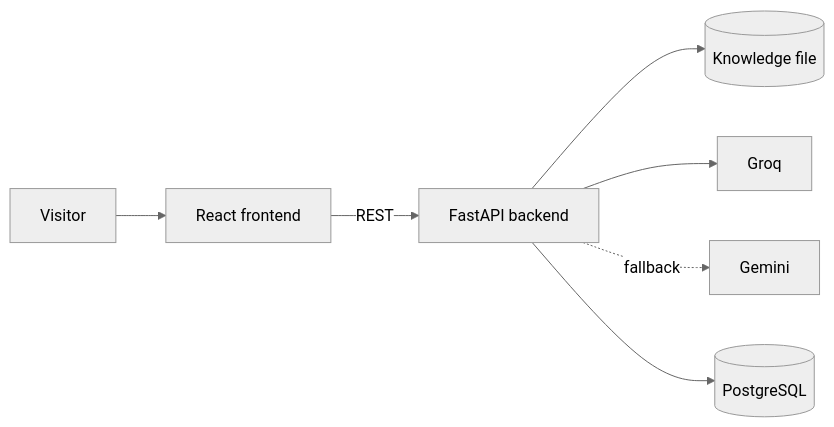
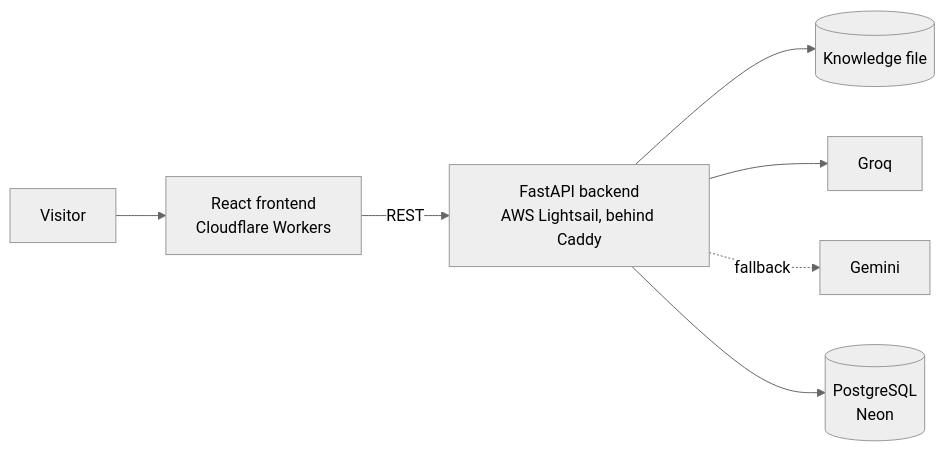
One commit to Joalregra/developer-portfolio changed the diagram in README.md. Above: the diagram before and after it, drawn with Mermaid (neutral theme). The commit also changed other lines of this file and 6 other files, not shown here.

````diff
--- a/README.md
+++ b/README.md
@@ -27,9 +27,9 @@
 ```mermaid
 flowchart LR
-  V[Visitor] --> F[React frontend]
-  F -->|REST| B[FastAPI backend]
+  V[Visitor] --> F[React frontend<br/>Cloudflare Workers]
+  F -->|REST| B[FastAPI backend<br/>AWS Lightsail, behind Caddy]
   B --> K[(Knowledge file)]
   B --> L1[Groq]
   B -.fallback.-> L2[Gemini]
-  B --> D[(PostgreSQL)]
+  B --> D[(PostgreSQL<br/>Neon)]
 ```
````
